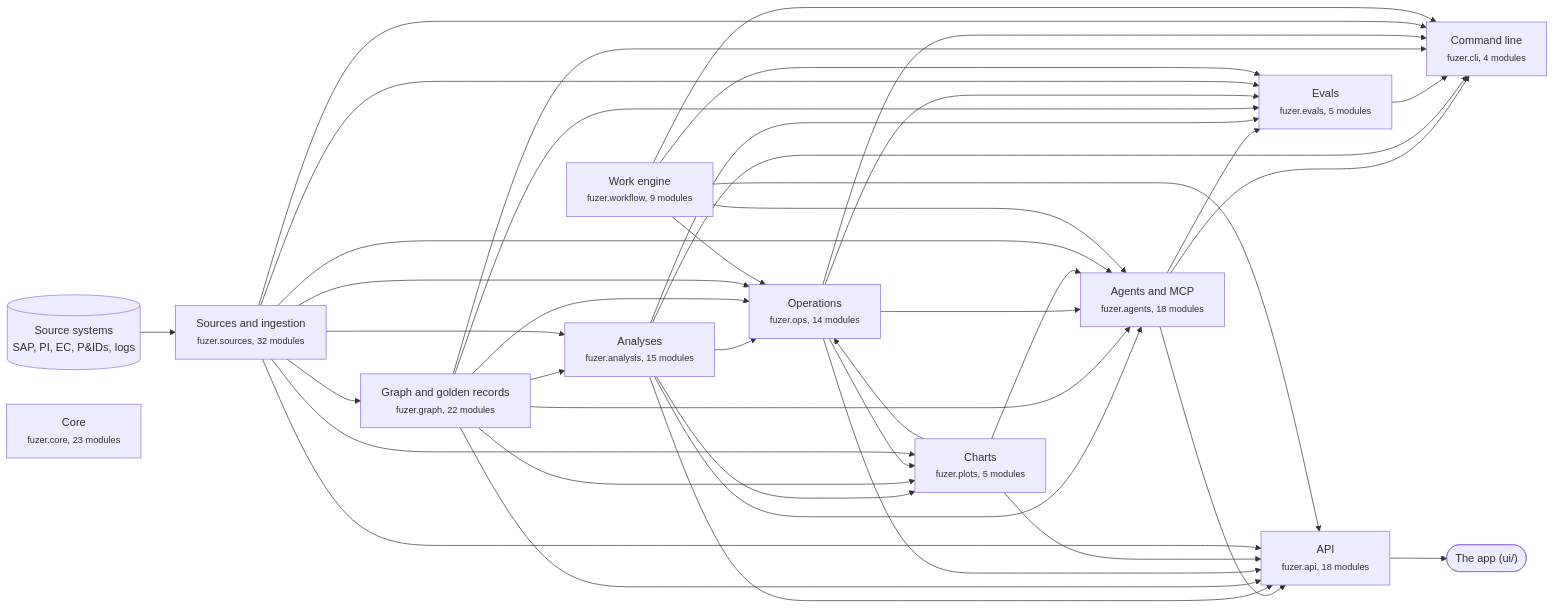
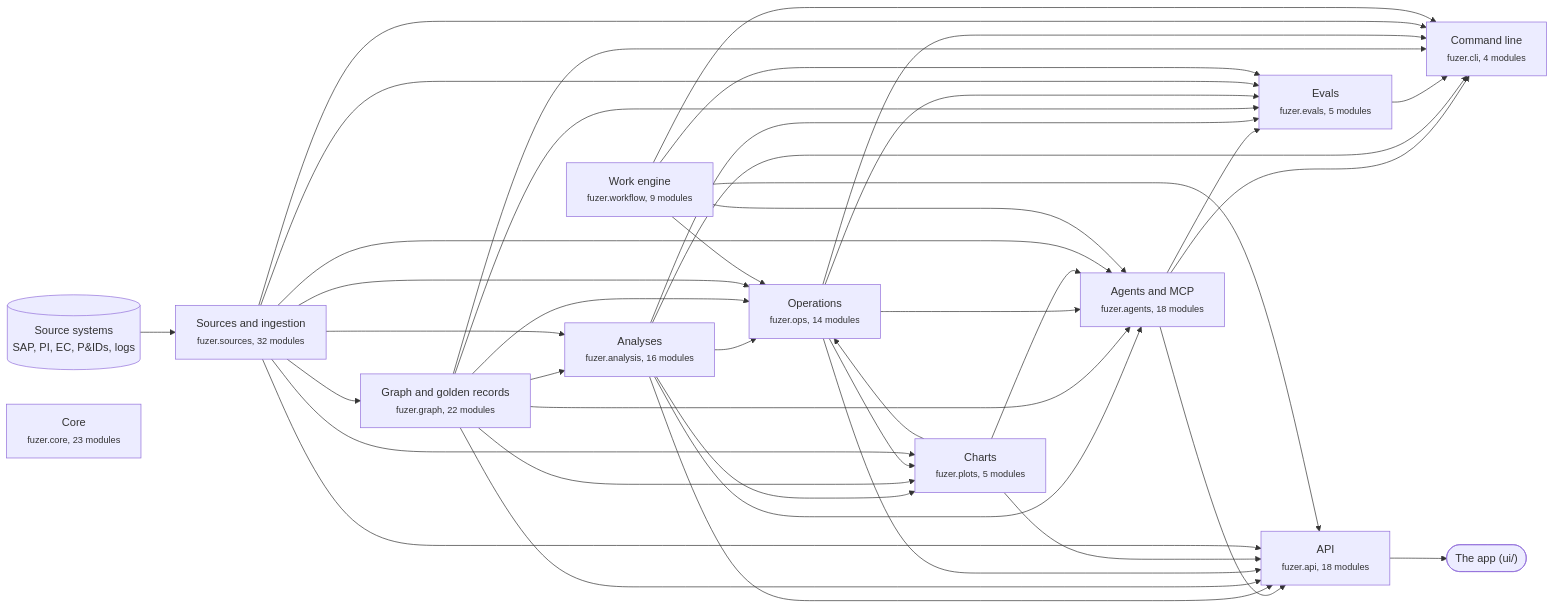
One commit to areed145/fuzer changed the first of 3 diagrams in docs/architecture.md. Above: the diagram before and after it, drawn with Mermaid. The commit also changed other lines of this file and 6 other files, not shown here.

````diff
--- a/docs/architecture.md
+++ b/docs/architecture.md
@@ -8,66 +8,66 @@
 ```mermaid
 flowchart LR
   systems[("Source systems<br>SAP, PI, EC, P&IDs, logs")] --> c_sources
   app(["The app (ui/)"])
   c_api --> app
   c_sources["Sources and ingestion<br><small>fuzer.sources, 32 modules</small>"]
   c_graph["Graph and golden records<br><small>fuzer.graph, 22 modules</small>"]
-  c_analysis["Analyses<br><small>fuzer.analysis, 15 modules</small>"]
+  c_analysis["Analyses<br><small>fuzer.analysis, 16 modules</small>"]
   c_ops["Operations<br><small>fuzer.ops, 14 modules</small>"]
   c_plots["Charts<br><small>fuzer.plots, 5 modules</small>"]
   c_workflow["Work engine<br><small>fuzer.workflow, 9 modules</small>"]
   c_agents["Agents and MCP<br><small>fuzer.agents, 18 modules</small>"]
   c_evals["Evals<br><small>fuzer.evals, 5 modules</small>"]
   c_api["API<br><small>fuzer.api, 18 modules</small>"]
   c_cli["Command line<br><small>fuzer.cli, 4 modules</small>"]
   c_core["Core<br><small>fuzer.core, 23 modules</small>"]
   c_sources --> c_graph
   c_graph --> c_analysis
   c_sources --> c_analysis
   c_analysis --> c_ops
   c_graph --> c_ops
   c_plots --> c_ops
   c_sources --> c_ops
   c_workflow --> c_ops
   c_analysis --> c_plots
   c_graph --> c_plots
   c_ops --> c_plots
   c_sources --> c_plots
   c_analysis --> c_agents
   c_graph --> c_agents
   c_ops --> c_agents
   c_plots --> c_agents
   c_sources --> c_agents
   c_workflow --> c_agents
   c_agents --> c_evals
   c_analysis --> c_evals
   c_graph --> c_evals
   c_ops --> c_evals
   c_sources --> c_evals
   c_workflow --> c_evals
   c_agents --> c_api
   c_analysis --> c_api
   c_graph --> c_api
   c_ops --> c_api
   c_plots --> c_api
   c_sources --> c_api
   c_workflow --> c_api
   c_agents --> c_cli
   c_analysis --> c_cli
   c_evals --> c_cli
   c_graph --> c_cli
   c_ops --> c_cli
   c_sources --> c_cli
   c_workflow --> c_cli
   click c_sources "https://github.com/areed145/fuzer/tree/main/src/fuzer/sources"
   click c_graph "https://github.com/areed145/fuzer/tree/main/src/fuzer/graph"
   click c_analysis "https://github.com/areed145/fuzer/tree/main/src/fuzer/analysis"
   click c_ops "https://github.com/areed145/fuzer/tree/main/src/fuzer/ops"
   click c_plots "https://github.com/areed145/fuzer/tree/main/src/fuzer/plots"
   click c_workflow "https://github.com/areed145/fuzer/tree/main/src/fuzer/workflow"
   click c_agents "https://github.com/areed145/fuzer/tree/main/src/fuzer/agents"
   click c_evals "https://github.com/areed145/fuzer/tree/main/src/fuzer/evals"
   click c_api "https://github.com/areed145/fuzer/tree/main/src/fuzer/api"
   click c_cli "https://github.com/areed145/fuzer/tree/main/src/fuzer/cli"
   click c_core "https://github.com/areed145/fuzer/tree/main/src/fuzer/core"
 ```
````
